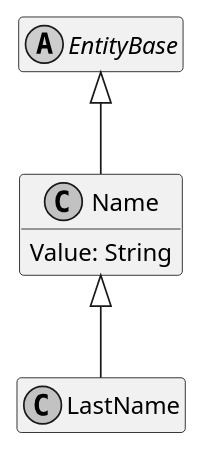
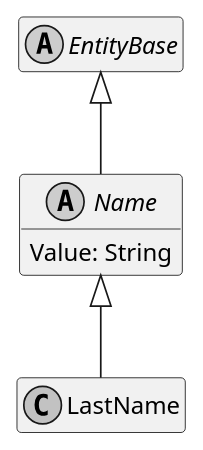
One commit to ObiWanLansi/DoofesZeug changed the diagram in Documentation/Generated/Models/DoofesZeug.Models.Human/LastName.puml. Above: the diagram before and after it, drawn with PlantUML. The commit also changed 47 other files, not shown here.

```diff
--- a/Documentation/Generated/Models/DoofesZeug.Models.Human/LastName.puml
+++ b/Documentation/Generated/Models/DoofesZeug.Models.Human/LastName.puml
@@ -1,19 +1,19 @@
 @startuml
 skinparam monochrome true
 hide empty members
 
 abstract class EntityBase {
 }
 
 EntityBase <|-- Name
 
-class Name {
+abstract class Name {
     Value: String
 }
 
 Name <|-- LastName
 
 class LastName {
 }
 
 @enduml
```
